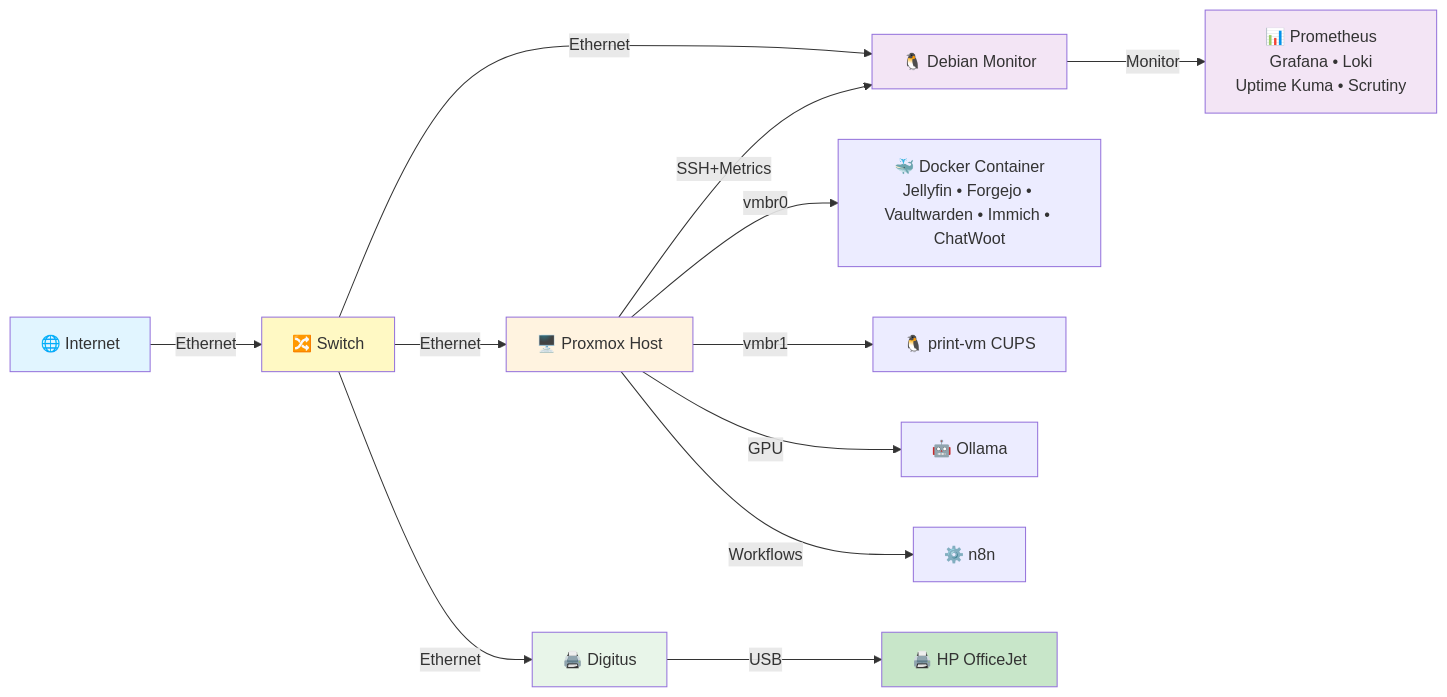
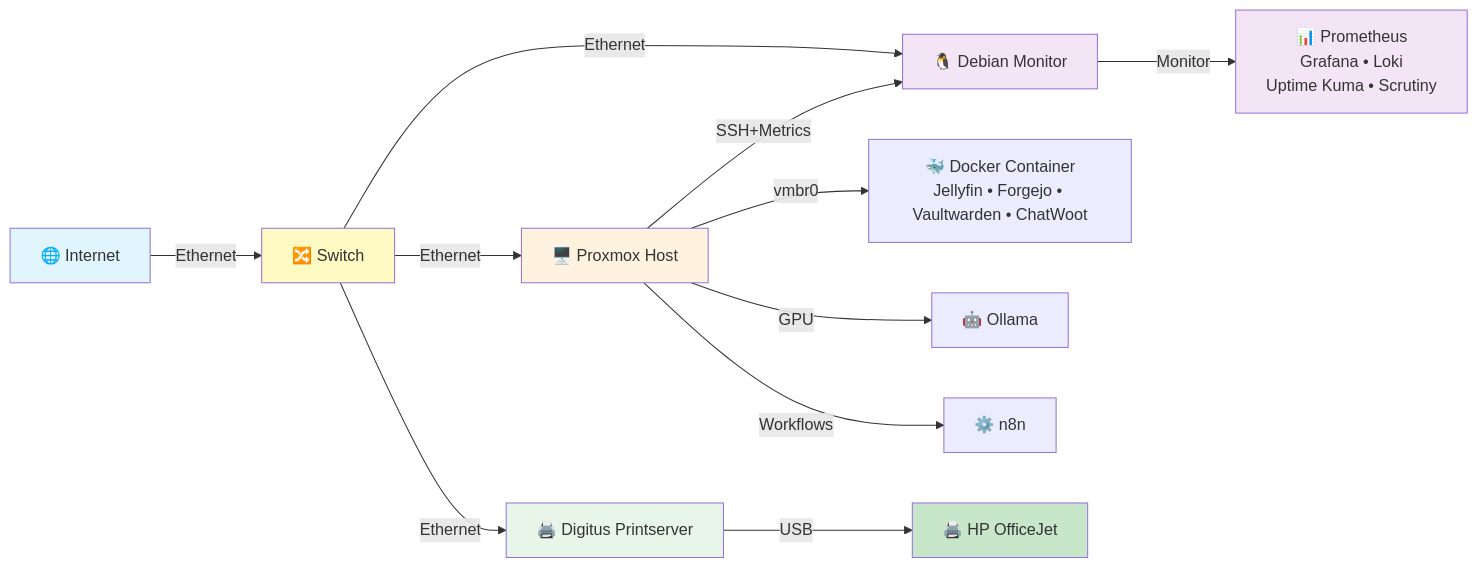
One commit to Hoinkkoma/homlap- changed the diagram in README.md. Above: the diagram before and after it, drawn with Mermaid. The commit also changed other lines of this file, not shown here.

Commit message:
Update README: Immich entfernt, Digitus direkt am Netzwerk dokumentiert

````diff
--- a/README.md
+++ b/README.md
@@ -24,29 +25,28 @@
 ```mermaid
 graph LR
     WAN["🌐 Internet"]
     SW["🔀 Switch"]
     
     WAN -->|Ethernet| SW
     
     SW -->|Ethernet| PROX["🖥️ Proxmox Host"]
     SW -->|Ethernet| DEB["🐧 Debian Monitor"]
-    SW -->|Ethernet| DIGI["🖨️ Digitus"]
+    SW -->|Ethernet| DIGI["🖨️ Digitus Printserver"]
     
     PROX -->|SSH+Metrics| DEB
-    PROX -->|vmbr0| DOCKER["🐳 Docker Container<br/>Jellyfin • Forgejo • Vaultwarden • Immich • ChatWoot"]
-    PROX -->|vmbr1| PRINT["🐧 print-vm CUPS"]
+    PROX -->|vmbr0| DOCKER["🐳 Docker Container<br/>Jellyfin • Forgejo • Vaultwarden • ChatWoot"]
     PROX -->|GPU| OLLAMA["🤖 Ollama"]
     PROX -->|Workflows| N8N["⚙️ n8n"]
     
     DIGI -->|USB| HP["🖨️ HP OfficeJet"]
     
     DEB -->|Monitor| MON["📊 Prometheus<br/>Grafana • Loki<br/>Uptime Kuma • Scrutiny"]
     
     style WAN fill:#e1f5ff
     style SW fill:#fff9c4
     style PROX fill:#fff3e0
     style DEB fill:#f3e5f5
     style MON fill:#f3e5f5
     style DIGI fill:#e8f5e9
     style HP fill:#c8e6c9
 ```
````
